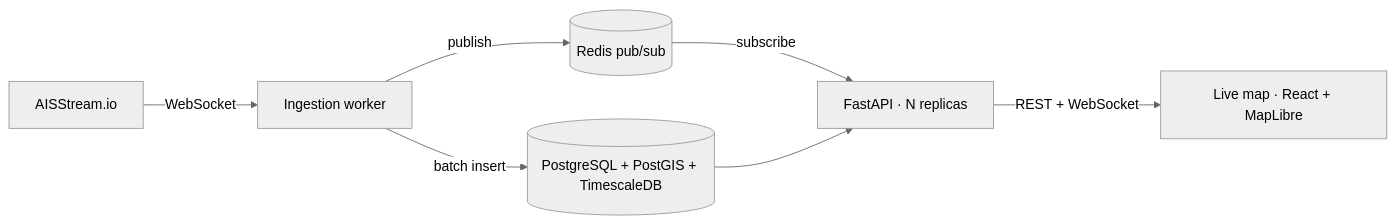
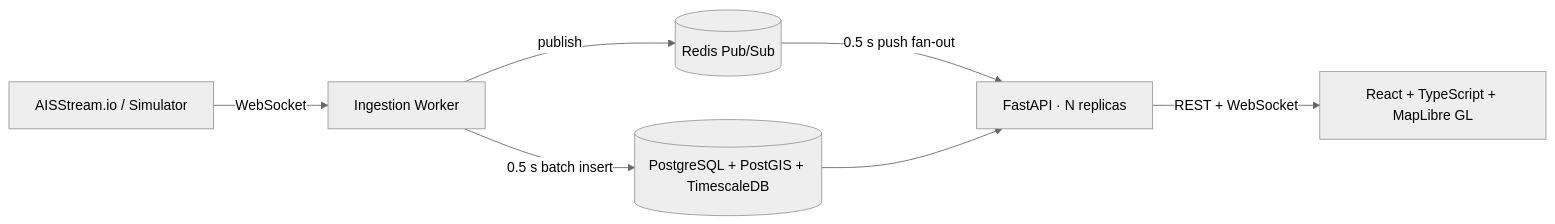
One commit to zSamir015/panama-canal-tracker changed the diagram in README.md. Above: the diagram before and after it, drawn with Mermaid (neutral theme). The commit also changed other lines of this file and 67 other files, not shown here.

````diff
--- a/README.md
+++ b/README.md
@@ -31,9 +71,9 @@
 ```mermaid
 flowchart LR
-    AIS[AISStream.io] -->|WebSocket| W[Ingestion worker]
-    W -->|batch insert| DB[(PostgreSQL + PostGIS + TimescaleDB)]
-    W -->|publish| R[(Redis pub/sub)]
-    R -->|subscribe| API[FastAPI · N replicas]
+    AIS["AISStream.io / Simulator"] -->|WebSocket| W["Ingestion Worker"]
+    W -->|"0.5 s batch insert"| DB[("PostgreSQL + PostGIS + TimescaleDB")]
+    W -->|"publish"| R[("Redis Pub/Sub")]
+    R -->|"0.5 s push fan-out"| API["FastAPI · N replicas"]
     DB --> API
-    API -->|REST + WebSocket| WEB[Live map · React + MapLibre]
+    API -->|"REST + WebSocket"| WEB["React + TypeScript + MapLibre GL"]
 ```
````
